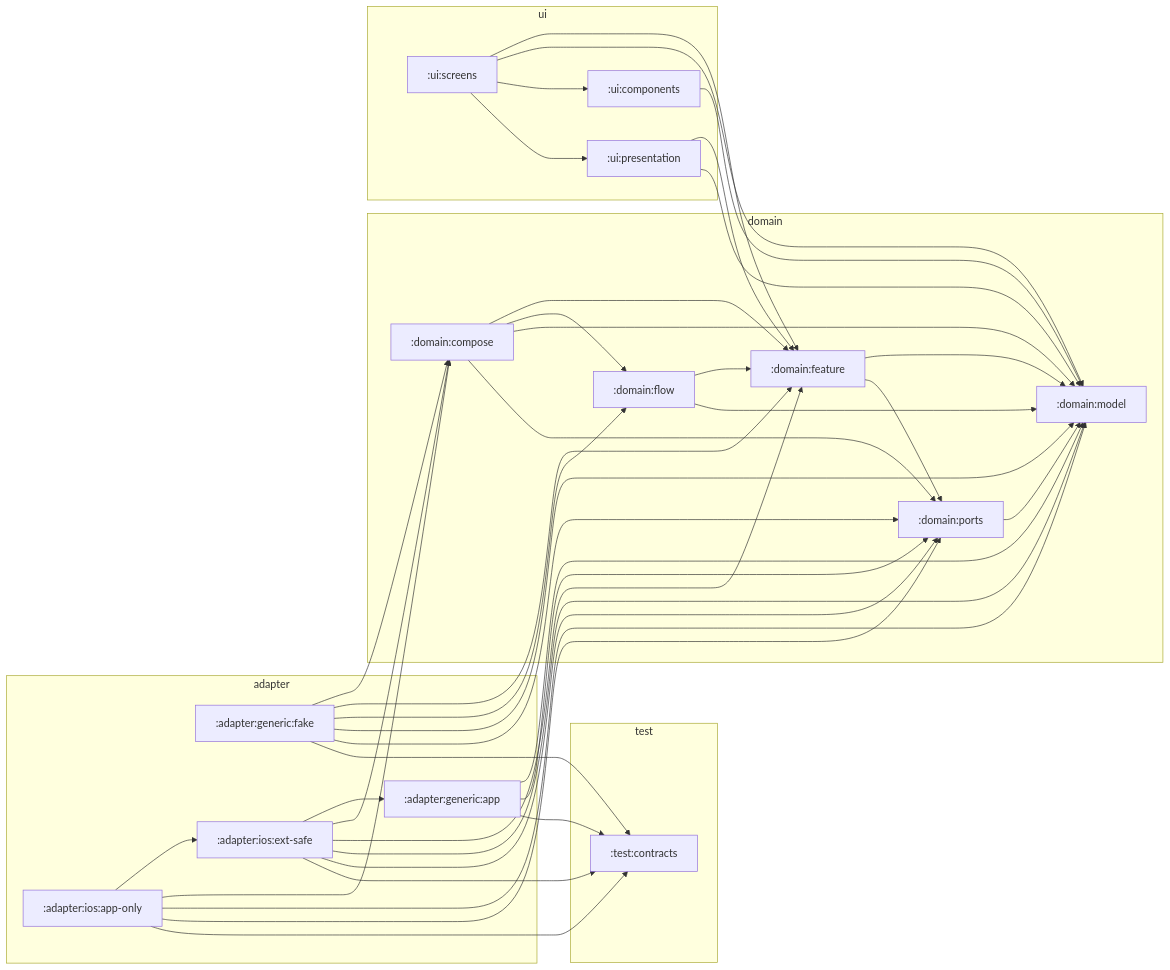
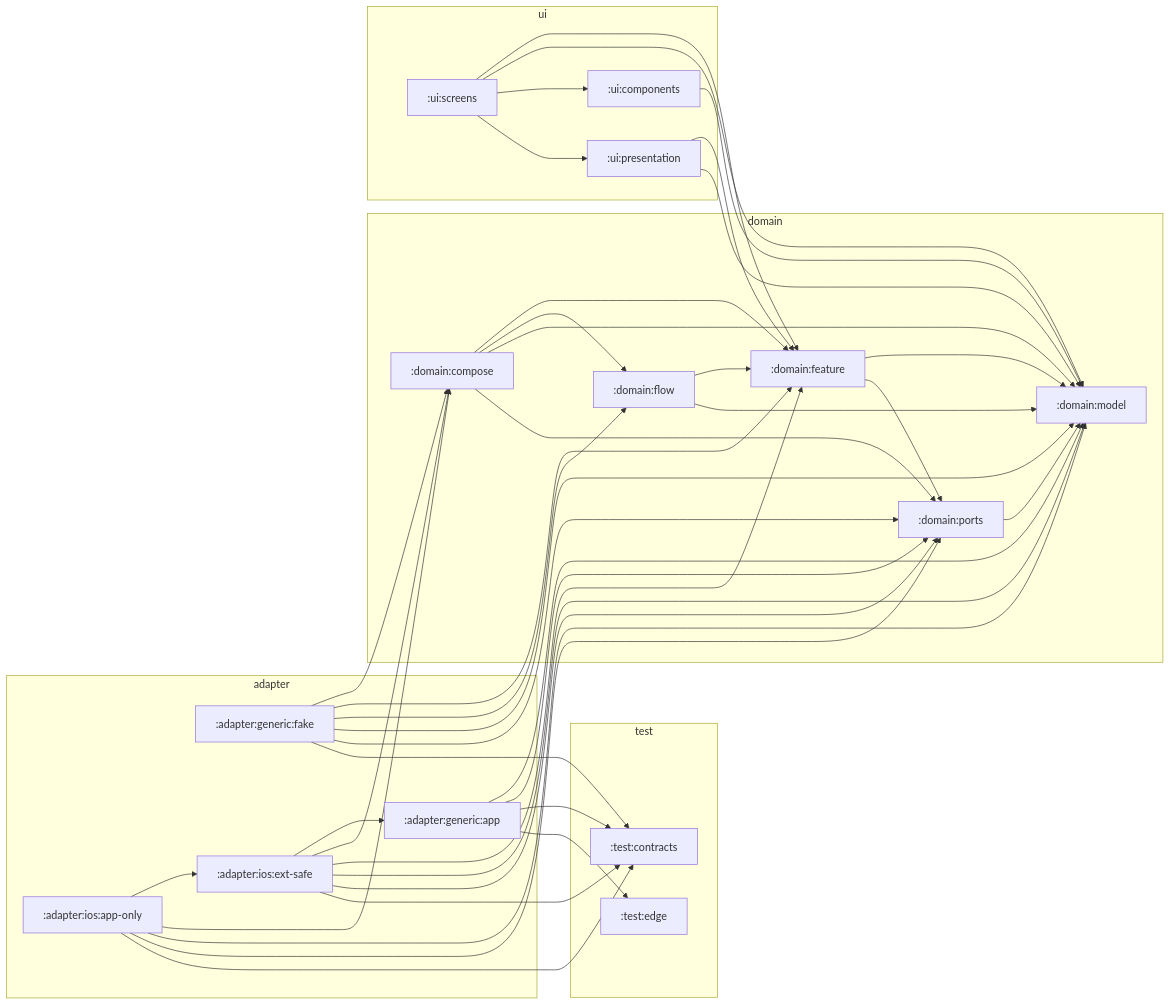
One commit to stefanhoelzl/SnapSync changed the diagram in architecture/zones.md. Above: the diagram before and after it, drawn with Mermaid. The commit also changed 16 other files, not shown here.

First line of the commit message:
internal(architecture-guards): gate the control channel's loopback bind; docs for the JVM host

````diff
--- a/architecture/zones.md
+++ b/architecture/zones.md
@@ -8,60 +8,62 @@
 ```mermaid
 flowchart LR
   subgraph adapter
     adapter_generic_app[":adapter:generic:app"]
     adapter_generic_fake[":adapter:generic:fake"]
     adapter_ios_app_only[":adapter:ios:app-only"]
     adapter_ios_ext_safe[":adapter:ios:ext-safe"]
   end
   subgraph domain
     domain_compose[":domain:compose"]
     domain_feature[":domain:feature"]
     domain_flow[":domain:flow"]
     domain_model[":domain:model"]
     domain_ports[":domain:ports"]
   end
   subgraph test
     test_contracts[":test:contracts"]
+    test_edge[":test:edge"]
   end
   subgraph ui
     ui_components[":ui:components"]
     ui_presentation[":ui:presentation"]
     ui_screens[":ui:screens"]
   end
   adapter_generic_app --> domain_model
   adapter_generic_app --> domain_ports
   adapter_generic_app --> test_contracts
+  adapter_generic_app --> test_edge
   adapter_generic_fake --> domain_compose
   adapter_generic_fake --> domain_feature
   adapter_generic_fake --> domain_flow
   adapter_generic_fake --> domain_model
   adapter_generic_fake --> domain_ports
   adapter_generic_fake --> test_contracts
   adapter_ios_app_only --> adapter_ios_ext_safe
   adapter_ios_app_only --> domain_compose
   adapter_ios_app_only --> domain_model
   adapter_ios_app_only --> domain_ports
   adapter_ios_app_only --> test_contracts
   adapter_ios_ext_safe --> adapter_generic_app
   adapter_ios_ext_safe --> domain_compose
   adapter_ios_ext_safe --> domain_feature
   adapter_ios_ext_safe --> domain_model
   adapter_ios_ext_safe --> domain_ports
   adapter_ios_ext_safe --> test_contracts
   domain_compose --> domain_feature
   domain_compose --> domain_flow
   domain_compose --> domain_model
   domain_compose --> domain_ports
   domain_feature --> domain_model
   domain_feature --> domain_ports
   domain_flow --> domain_feature
   domain_flow --> domain_model
   domain_ports --> domain_model
   ui_components --> domain_model
   ui_presentation --> domain_feature
   ui_presentation --> domain_model
   ui_screens --> domain_feature
   ui_screens --> domain_model
   ui_screens --> ui_components
   ui_screens --> ui_presentation
 ```
````
